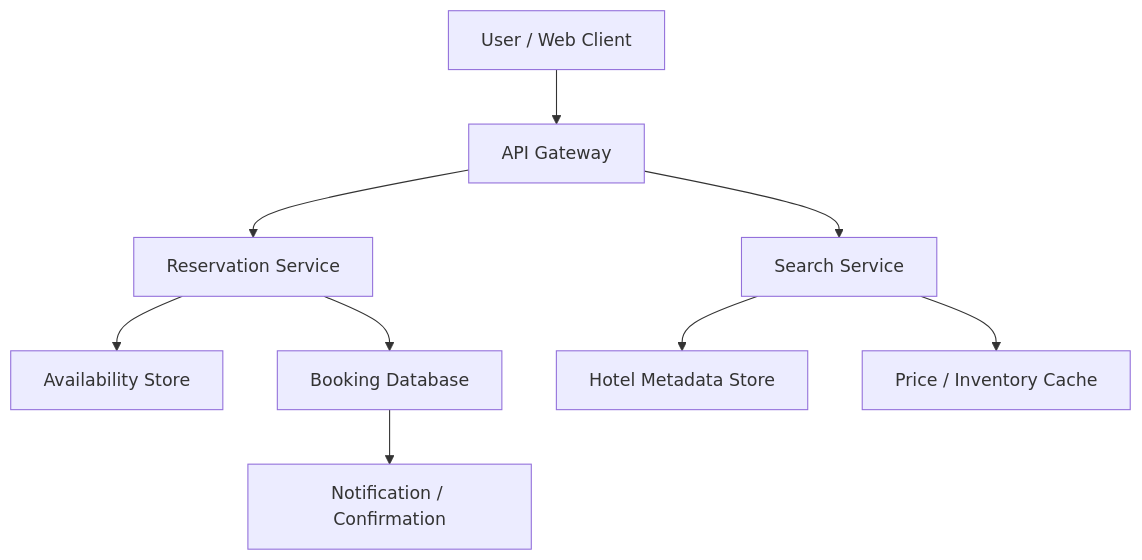
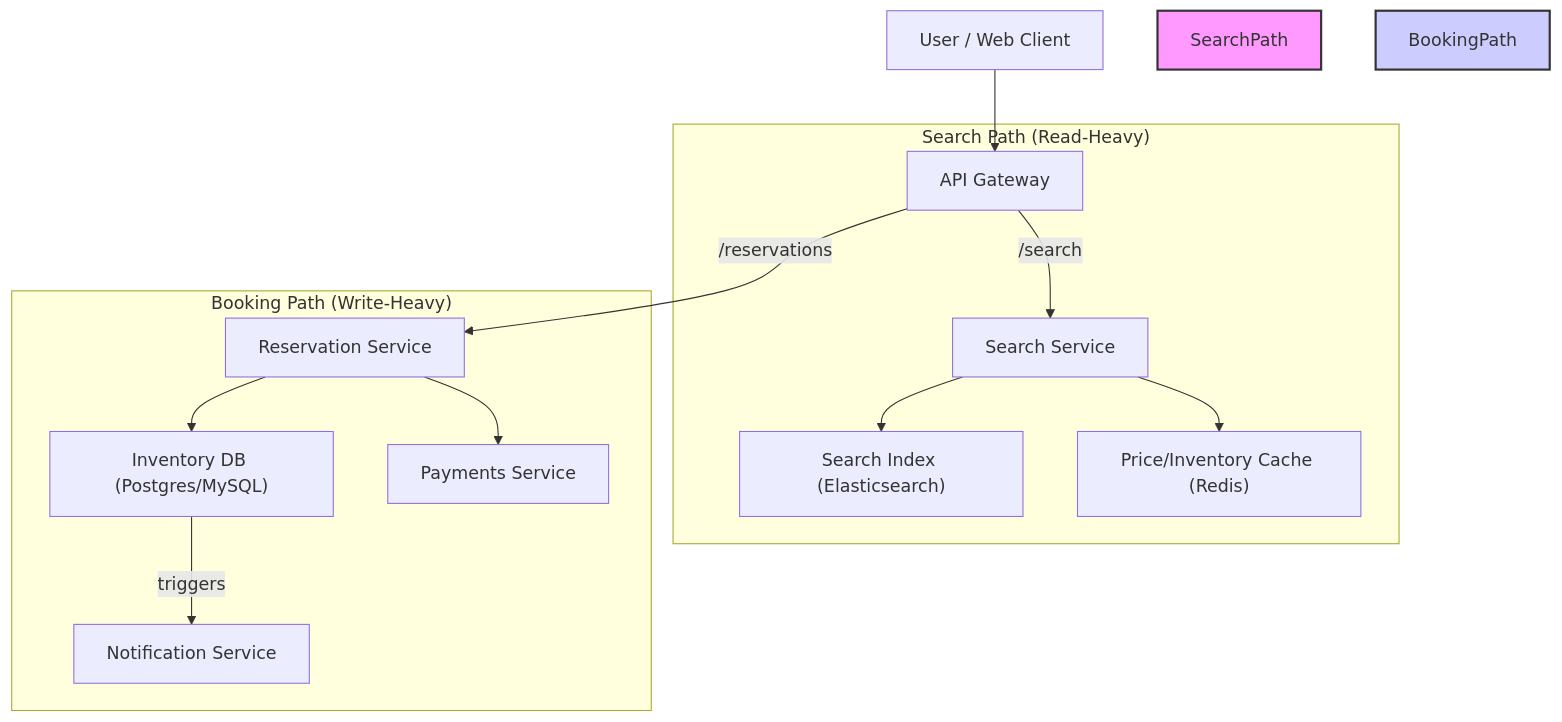
The diagram in docs/hotel-booking-system-design.md (SathishkumarAndavar/system-design), drawn with Mermaid before and after one commit. The commit also changed 4 other files, not shown here.

````diff
--- a/docs/hotel-booking-system-design.md
+++ b/docs/hotel-booking-system-design.md
@@ -46,11 +46,20 @@
 ```mermaid
-graph TD
-  A["User / Web Client"] --> B["API Gateway"]
-  B --> C["Search Service"]
-  B --> D["Reservation Service"]
-  D --> E["Availability Store"]
-  D --> F["Booking Database"]
-  F --> G["Notification / Confirmation"]
-  C --> H["Hotel Metadata Store"]
-  C --> I["Price / Inventory Cache"]
+graph TD;
+    User["User / Web Client"] --> APIGateway["API Gateway"];
+
+    subgraph "Search Path (Read-Heavy)"
+        APIGateway -- "/search" --> SearchService["Search Service"];
+        SearchService --> SearchIndex["Search Index (Elasticsearch)"];
+        SearchService --> PriceCache["Price/Inventory Cache (Redis)"];
+    end
+
+    subgraph "Booking Path (Write-Heavy)"
+        APIGateway -- "/reservations" --> ReservationService["Reservation Service"];
+        ReservationService --> InventoryDB["Inventory DB (Postgres/MySQL)"];
+        ReservationService --> PaymentsService["Payments Service"];
+        InventoryDB -- "triggers" --> Notifications["Notification Service"];
+    end
+
+    style SearchPath fill:#f9f,stroke:#333,stroke-width:2px
+    style BookingPath fill:#ccf,stroke:#333,stroke-width:2px
 ```
````
